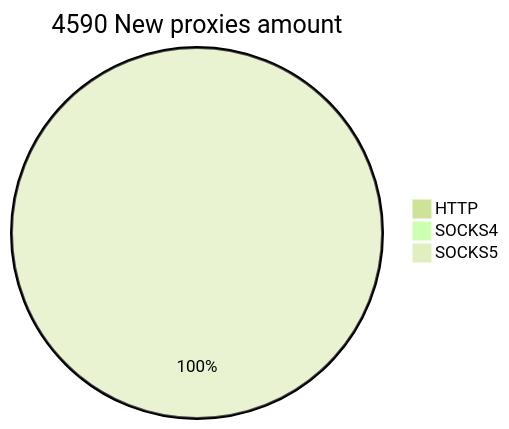
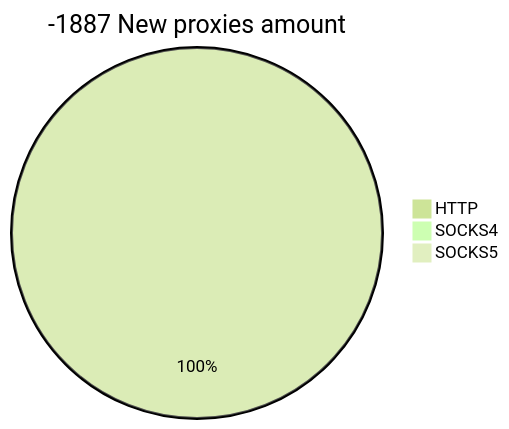
The second of 2 diagrams in README.md (cutipu/proxylist), drawn with Mermaid (forest theme) before and after one commit. The commit also changed other lines of this file, not shown here.

````diff
--- a/README.md
+++ b/README.md
@@ -10,6 +10,6 @@
 ```mermaid
-pie title 4590 New proxies amount
-    "HTTP" : 0
+pie title -1887 New proxies amount
+    "HTTP" : 22
     "SOCKS4" : 0
-    "SOCKS5" : 4590
+    "SOCKS5" : 0
 ```
````
